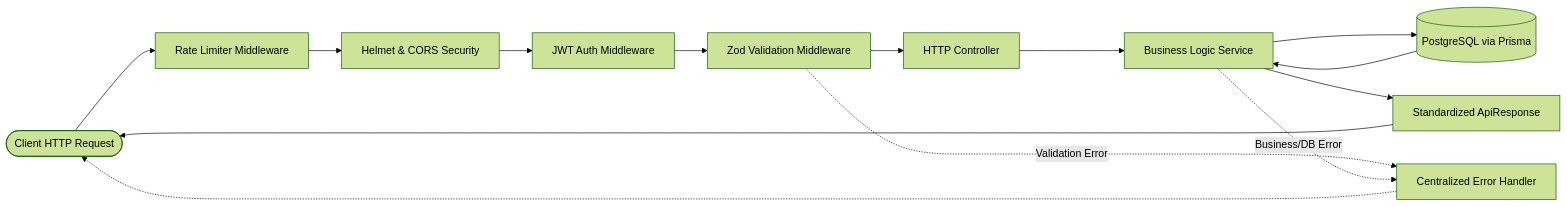
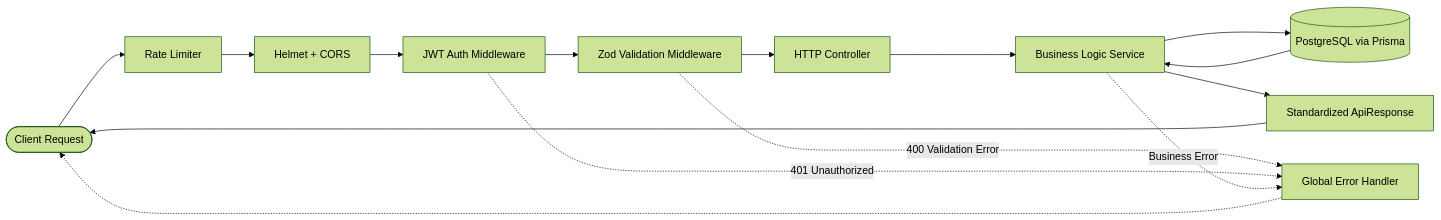
The first of 2 diagrams in README.md (imtiazaly/Progree_secure_rest_api_engine), drawn with Mermaid (forest theme) before and after one commit. The commit also changed other lines of this file, not shown here.

````diff
--- a/README.md
+++ b/README.md
@@ -53,17 +53,18 @@
 ```mermaid
 flowchart LR
-    Client([Client HTTP Request]) --> RateLimit[Rate Limiter Middleware]
-    RateLimit --> Helmet[Helmet & CORS Security]
-    Helmet --> Auth[JWT Auth Middleware]
-    Auth --> Validate[Zod Validation Middleware]
-    Validate --> Controller[HTTP Controller]
-    Controller --> Service[Business Logic Service]
-    Service --> DB[(PostgreSQL via Prisma)]
-    DB --> Service
-    Service --> Response[Standardized ApiResponse]
-    Response --> Client
+    A([Client Request]) --> B[Rate Limiter]
+    B --> C[Helmet + CORS]
+    C --> D[JWT Auth Middleware]
+    D --> E[Zod Validation Middleware]
+    E --> F[HTTP Controller]
+    F --> G[Business Logic Service]
+    G --> H[(PostgreSQL via Prisma)]
+    H --> G
+    G --> I[Standardized ApiResponse]
+    I --> A
 
-    Validate -.->|Validation Error| ErrHandler[Centralized Error Handler]
-    Service -.->|Business/DB Error| ErrHandler
-    ErrHandler -.-> Client
+    E -.->|400 Validation Error| J[Global Error Handler]
+    D -.->|401 Unauthorized| J
+    G -.->|Business Error| J
+    J -.-> A
 ```
````
